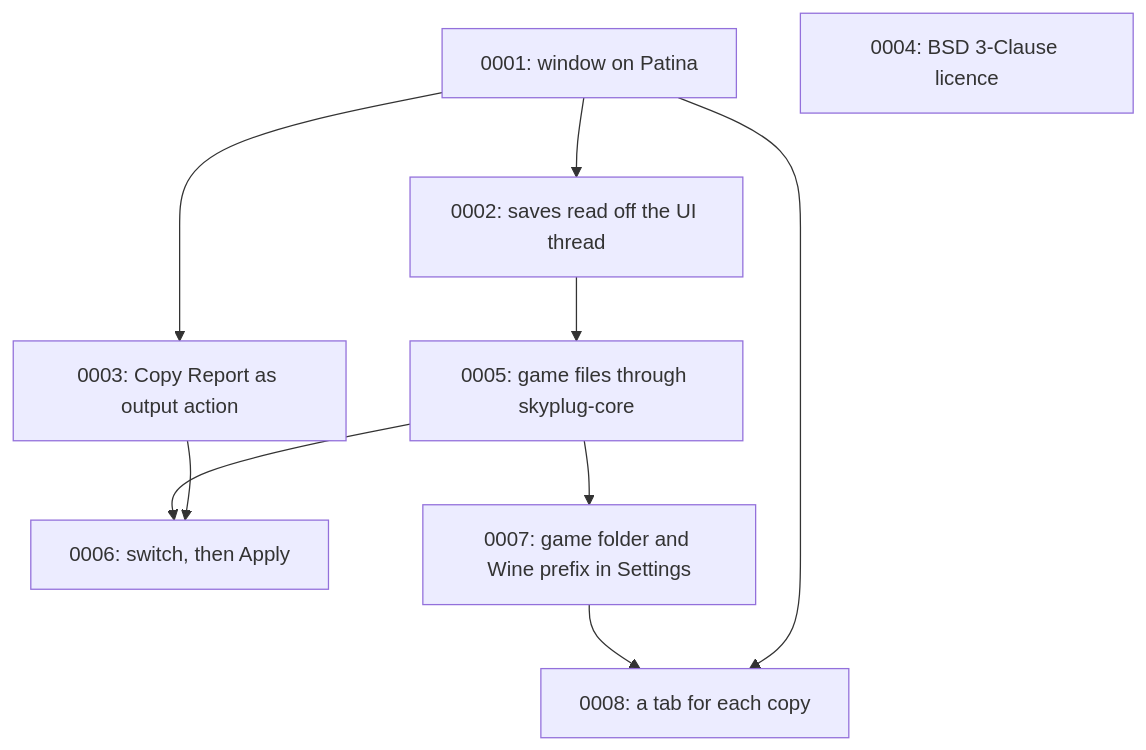
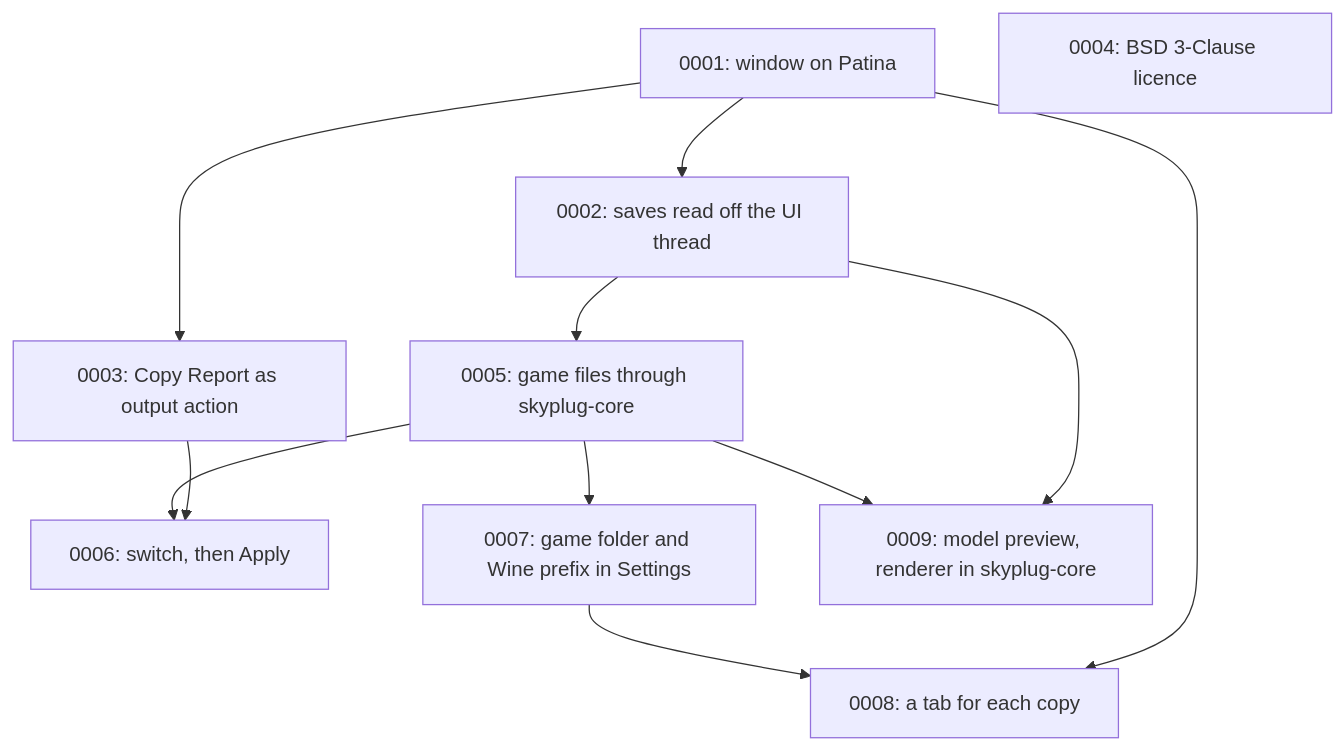
Before and after one commit to divanvisagie/arcanaeum: the diagram in docs/adr/README.md, drawn with Mermaid. The commit also changed other lines of this file and 11 other files, not shown here.

First line of the commit message:
Add a model preview: draw armours with the textures the game would use

````diff
--- a/docs/adr/README.md
+++ b/docs/adr/README.md
@@ -56,12 +57,14 @@
 ```mermaid
 flowchart TD
     A[0001: window on Patina] --> B[0002: saves read off the UI thread]
     A --> C[0003: Copy Report as output action]
     D[0004: BSD 3-Clause licence]
     E[0005: game files through skyplug-core] --> F[0006: switch, then Apply]
     E --> G[0007: game folder and Wine prefix in Settings]
     G --> H[0008: a tab for each copy]
     A --> H
     B --> E
     C --> F
+    E --> I[0009: model preview, renderer in skyplug-core]
+    B --> I
 ```
````
